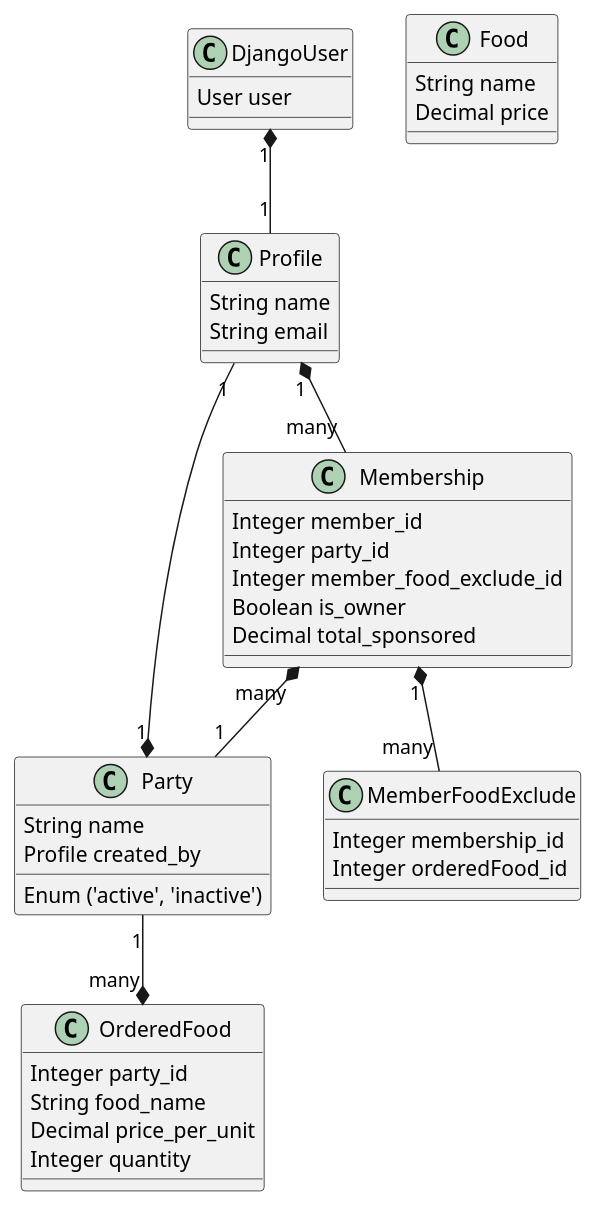
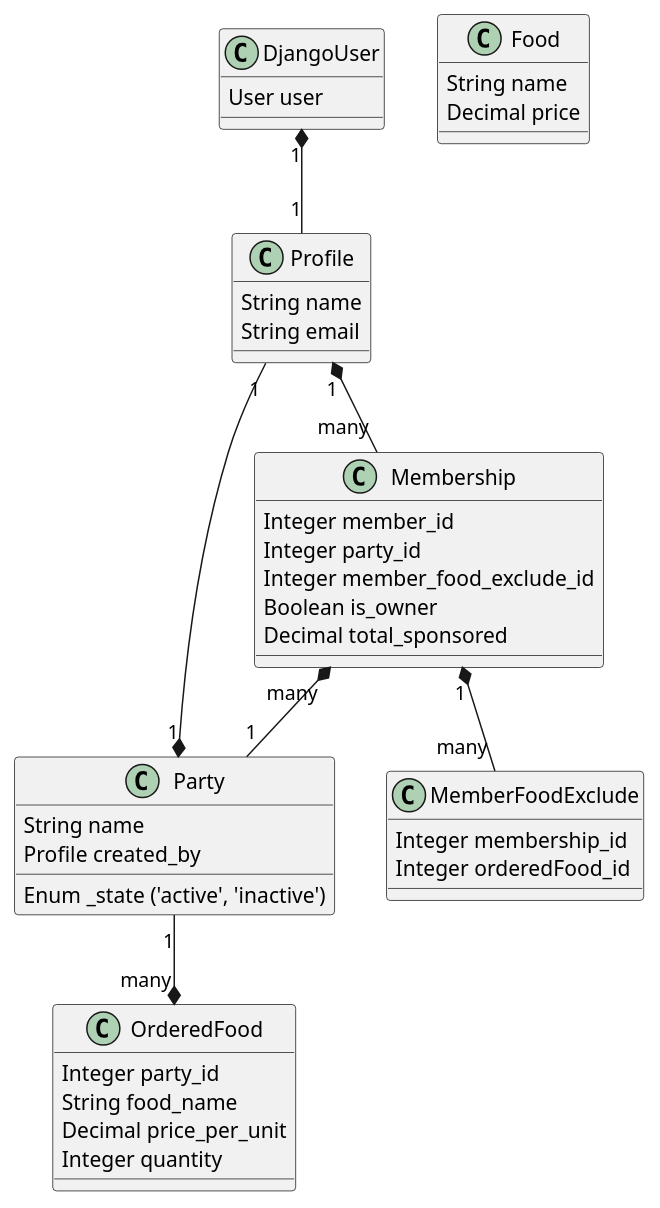
One commit to DDshka/PartyCalculator changed the diagram in umlcomposition.puml. Above: the diagram before and after it, drawn with PlantUML. The commit also changed 6 other files, not shown here.

Commit message:
Parties now can be either active or inactive.

```diff
--- a/umlcomposition.puml
+++ b/umlcomposition.puml
@@ -1,50 +1,50 @@
 @startuml
 class Profile {
   String name
   String email
 }
 
 class DjangoUser {
   User user
 }
 
 class Party {
   String name
-  Enum ('active', 'inactive')
+  Enum _state ('active', 'inactive')
   Profile created_by
 }
 
 class Food {
   String name
   Decimal price
 }
 
 class Membership {
   Integer member_id
   Integer party_id
   Integer member_food_exclude_id
   Boolean is_owner
   Decimal total_sponsored
 }
 
 class MemberFoodExclude {
   Integer membership_id
   Integer orderedFood_id
 }
 
 class OrderedFood {
   Integer party_id
   String food_name
   Decimal price_per_unit
   Integer quantity
 }
 
 
 DjangoUser "1" *-- "1" Profile
 
 Profile "1" *-- "many" Membership
 Membership "1" *-- "many" MemberFoodExclude
 Membership "many" *-- "1" Party
 Party "1" --* "many" OrderedFood
 Party "1" *-- "1" Profile
 @enduml
```
